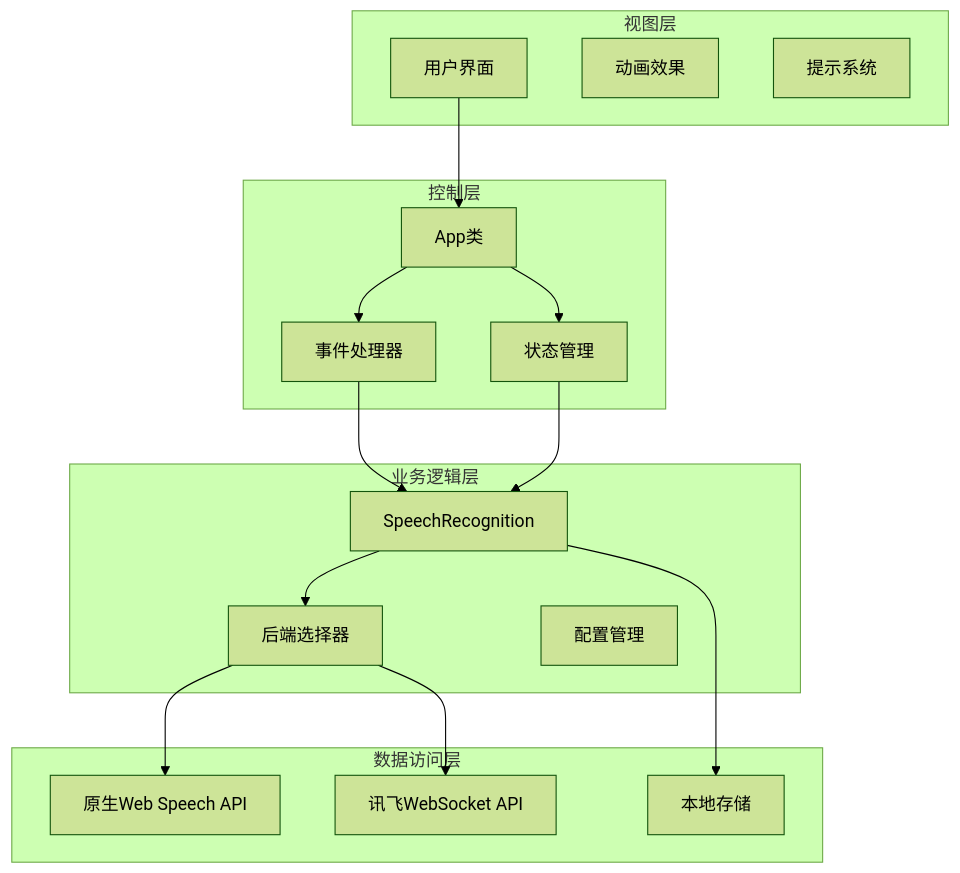
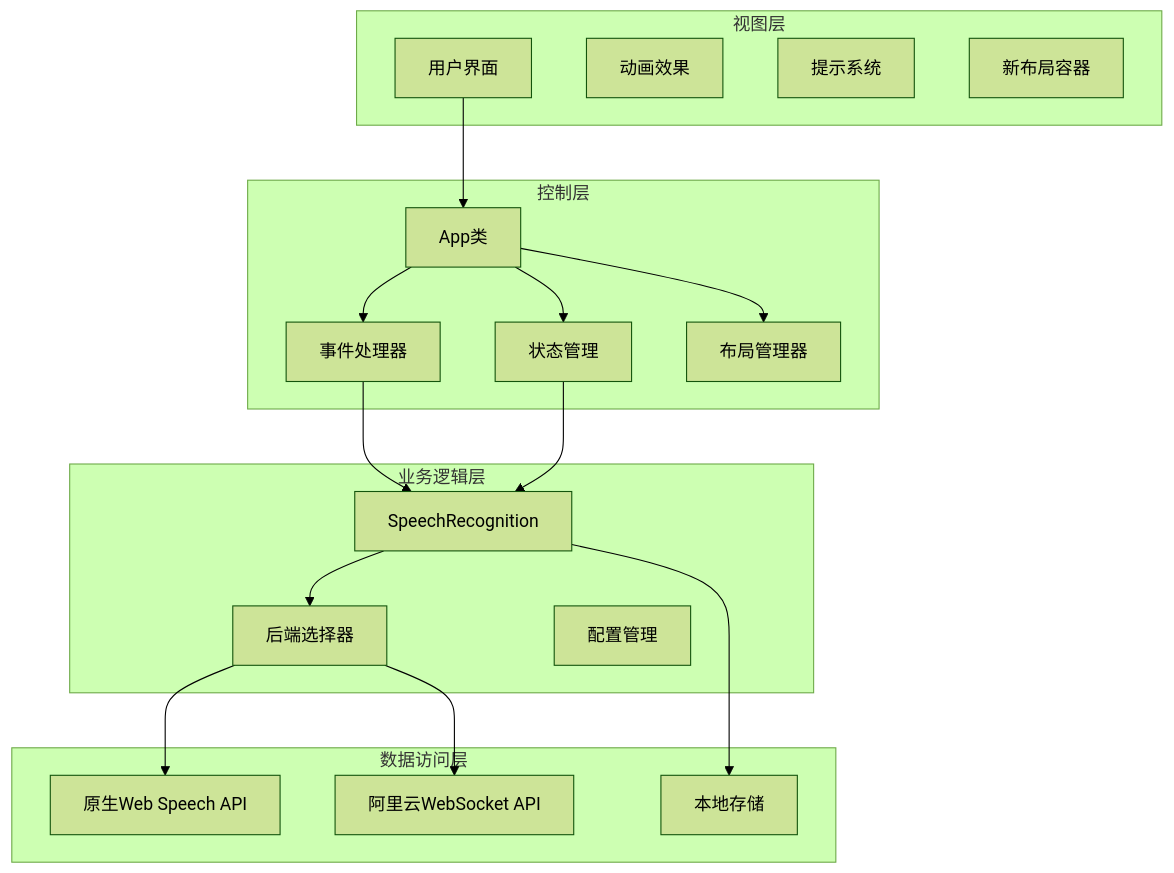
One commit to db300/MySpeechRecognition changed the fourth of 8 diagrams in .qoder/repowiki/zh/content/故障排除指南/界面交互问题.md. Above: the diagram before and after it, drawn with Mermaid (forest theme). The commit also changed other lines of this file and 15 other files, not shown here.

````diff
--- a/.qoder/repowiki/zh/content/故障排除指南/界面交互问题.md
+++ b/.qoder/repowiki/zh/content/故障排除指南/界面交互问题.md
@@ -175,32 +185,35 @@
 ```mermaid
 graph TB
 subgraph "视图层"
 UI[用户界面]
 Animations[动画效果]
 Toast[提示系统]
+NewContainer[新布局容器]
 end
 subgraph "控制层"
 AppController[App类]
 EventHandlers[事件处理器]
 StateManager[状态管理]
+LayoutManager[布局管理器]
 end
 subgraph "业务逻辑层"
 SpeechManager[SpeechRecognition]
 BackendSelector[后端选择器]
 ConfigManager[配置管理]
 end
 subgraph "数据访问层"
 NativeAPI[原生Web Speech API]
-XfyunAPI[讯飞WebSocket API]
+AliyunAPI[阿里云WebSocket API]
 LocalStorage[本地存储]
 end
 UI --> AppController
 AppController --> EventHandlers
 AppController --> StateManager
+AppController --> LayoutManager
 EventHandlers --> SpeechManager
 StateManager --> SpeechManager
 SpeechManager --> BackendSelector
 BackendSelector --> NativeAPI
-BackendSelector --> XfyunAPI
+BackendSelector --> AliyunAPI
 SpeechManager --> LocalStorage
 ```
````
